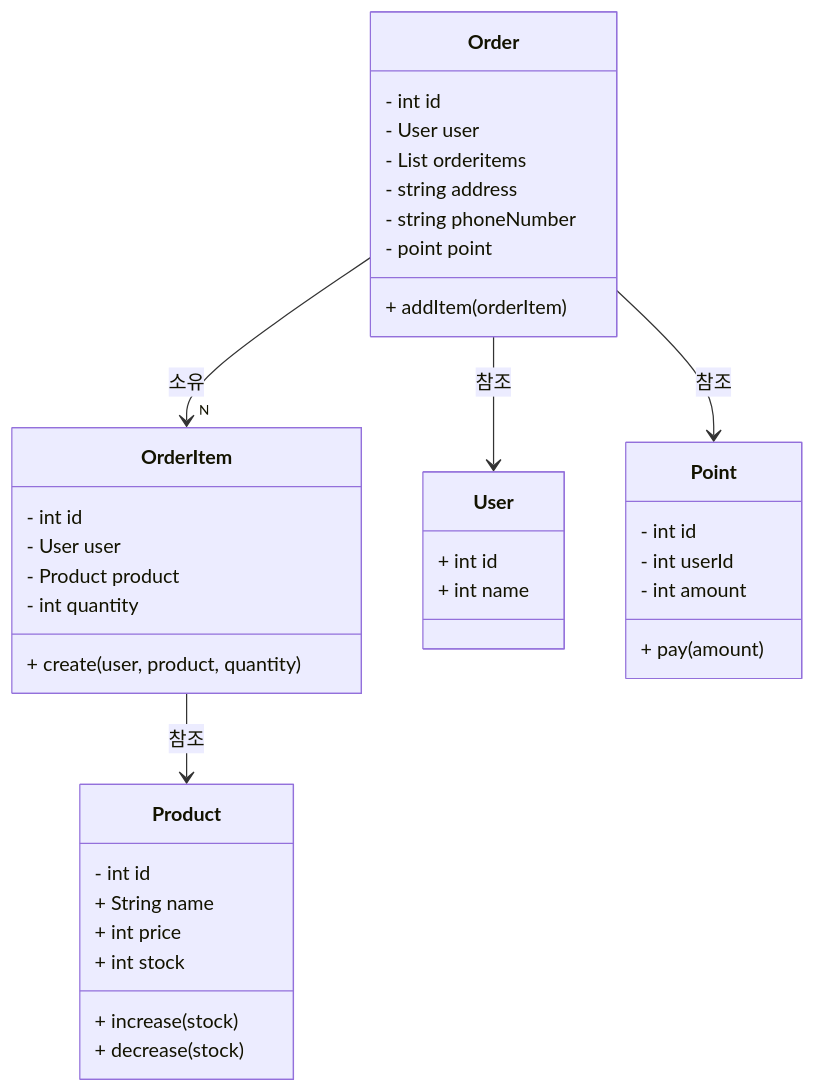
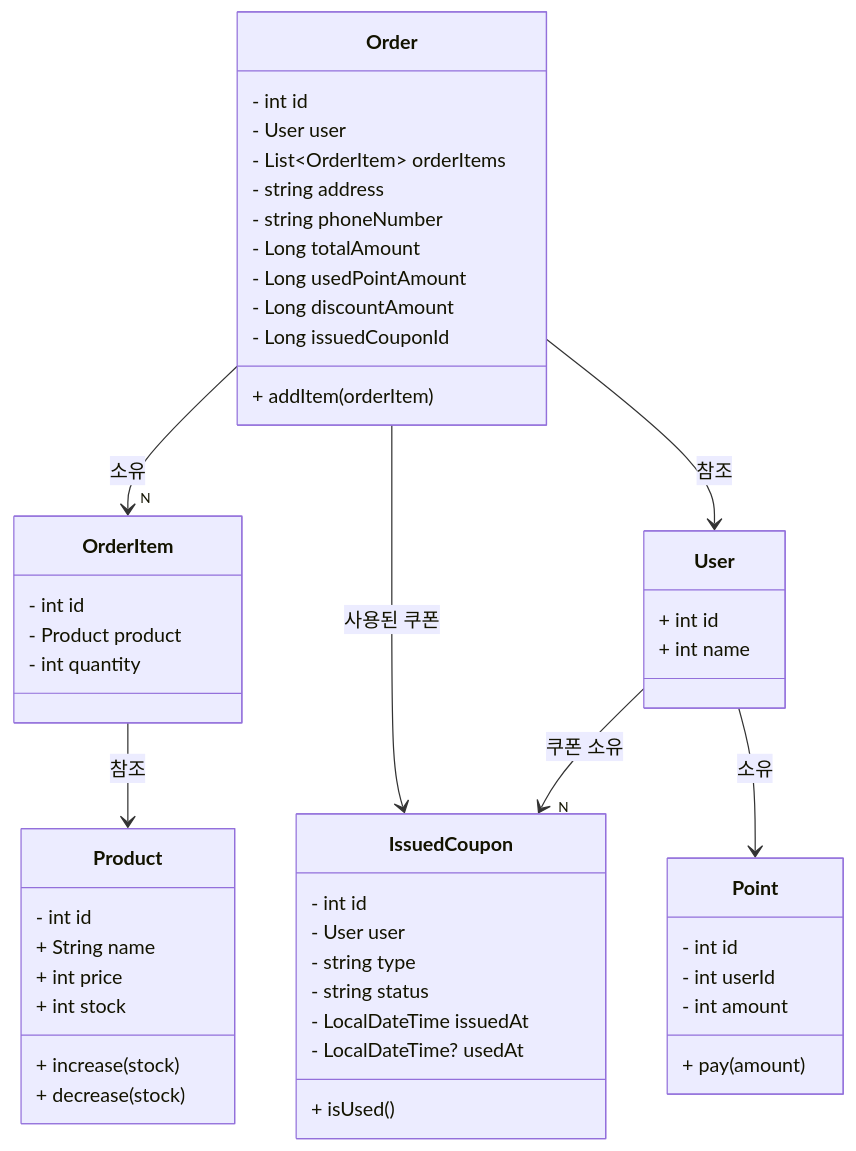
One commit to simbokyung98/loopers-ecommerce-system changed the diagram in docs/design/03-class-diagrams-detail/Order.md. Above: the diagram before and after it, drawn with Mermaid. The commit also changed 9 other files, not shown here.

````diff
--- a/docs/design/03-class-diagrams-detail/Order.md
+++ b/docs/design/03-class-diagrams-detail/Order.md
@@ -2,44 +2,57 @@
 ```mermaid 
     classDiagram
     class Order{
     - int id
-      - User user
-      - List orderitems
-      - string address
-      - string phoneNumber
-      - point point
+    - User user
+    - List~OrderItem~ orderItems
+    - string address
+    - string phoneNumber
+    - Long totalAmount
+    - Long usedPointAmount
+    - Long discountAmount
+    - Long issuedCouponId
     
    + addItem(orderItem)
   }
   class OrderItem{
       - int id
-      - User user
       - Product product
       - int quantity
-      + create(user, product, quantity)
   }
   class Product{
       - int id
       + String name
       + int price
       + int stock
       + increase(stock)
       + decrease(stock)
   }
   class User {
       + int id
       + int name
   }
   class Point{
       - int id
       - int userId
       - int amount
 
       + pay(amount)
   }
 
-  Order --> "N" OrderItem :소유
-  OrderItem --> Product : 참조
-  Order --> User : 참조
-  Order --> Point : 참조
+  class IssuedCoupon { 
+      - int id
+      - User user
+      - string type
+      - string status
+      - LocalDateTime issuedAt
+      - LocalDateTime? usedAt
+      + isUsed() 
+  }
+
+    Order --> "N" OrderItem : 소유
+    OrderItem --> Product : 참조
+    Order --> User : 참조
+    Order --> IssuedCoupon : 사용된 쿠폰
+    User --> "N" IssuedCoupon : 쿠폰 소유
+    User --> Point : 소유
 ```
````
